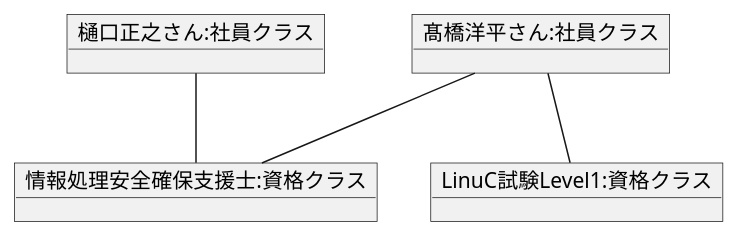
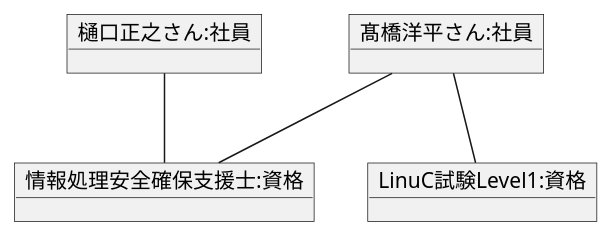
Before and after one commit to Raiki215/uml-introduction: the diagram in 演習3-6_OBJ_資格取得のオブジェクト図.pu, drawn with PlantUML. The commit also changed 4 other files, not shown here.

```diff
--- a/演習3-6_OBJ_資格取得のオブジェクト図.pu
+++ b/演習3-6_OBJ_資格取得のオブジェクト図.pu
@@ -1,18 +1,18 @@
 @startuml 演習３－６
-object "髙橋洋平さん:社員クラス" as 髙橋洋平{
+object "髙橋洋平さん:社員" as 髙橋洋平{
 
 }
-object "樋口正之さん:社員クラス" as 樋口正之{
+object "樋口正之さん:社員" as 樋口正之{
     
 }
-object "情報処理安全確保支援士:資格クラス" as 情報処理安全確保支援士{
+object "情報処理安全確保支援士:資格" as 情報処理安全確保支援士{
 
 }
-object "LinuC試験Level1:資格クラス" as LinuC試験Level1{
+object "LinuC試験Level1:資格" as LinuC試験Level1{
 
 }
 髙橋洋平 -- 情報処理安全確保支援士
 髙橋洋平 -- LinuC試験Level1
 樋口正之 -- 情報処理安全確保支援士
 
 @enduml
```
